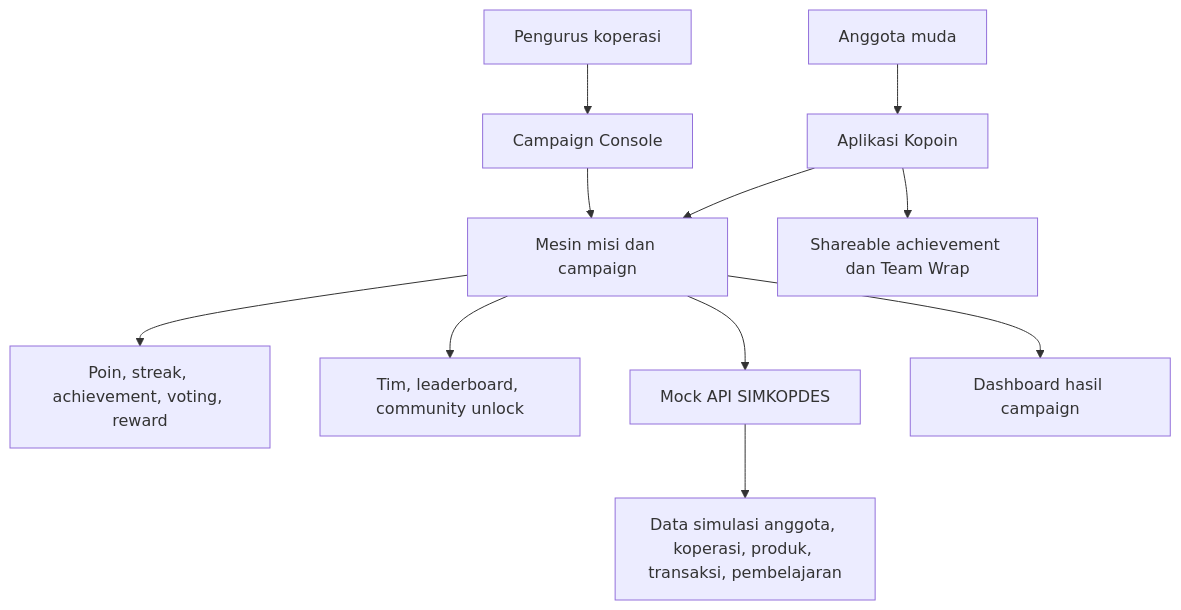
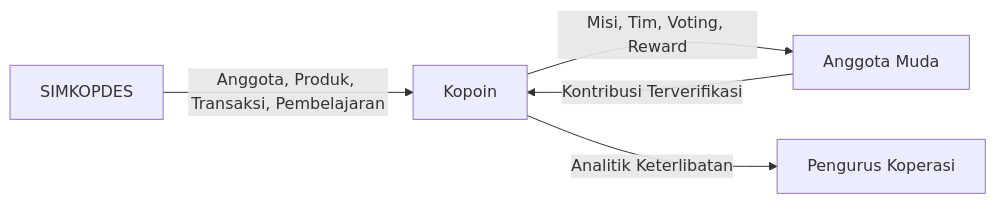
The second of 3 diagrams in README.md (GabrielBatavia/KoPoin-MechaMinds), drawn with Mermaid before and after one commit. The commit also changed other lines of this file and 6 other files, not shown here.

````diff
--- a/README.md
+++ b/README.md
@@ -85,13 +217,7 @@
 ```mermaid
-flowchart TB
-    U[Anggota muda] --> A[Aplikasi Kopoin]
-    K[Pengurus koperasi] --> C[Campaign Console]
-    C --> M[Mesin misi dan campaign]
-    A --> M
-    M --> P[Poin, streak, achievement, voting, reward]
-    M --> T[Tim, leaderboard, community unlock]
-    A --> S[Shareable achievement dan Team Wrap]
-    M --> R[Mock API SIMKOPDES]
-    R --> D[Data simulasi anggota, koperasi, produk, transaksi, pembelajaran]
-    M --> H[Dashboard hasil campaign]
+flowchart LR
+    S[SIMKOPDES] -->|Anggota, Produk, Transaksi, Pembelajaran| K[Kopoin]
+    K -->|Misi, Tim, Voting, Reward| U[Anggota Muda]
+    U -->|Kontribusi Terverifikasi| K
+    K -->|Analitik Keterlibatan| P[Pengurus Koperasi]
 ```
````
